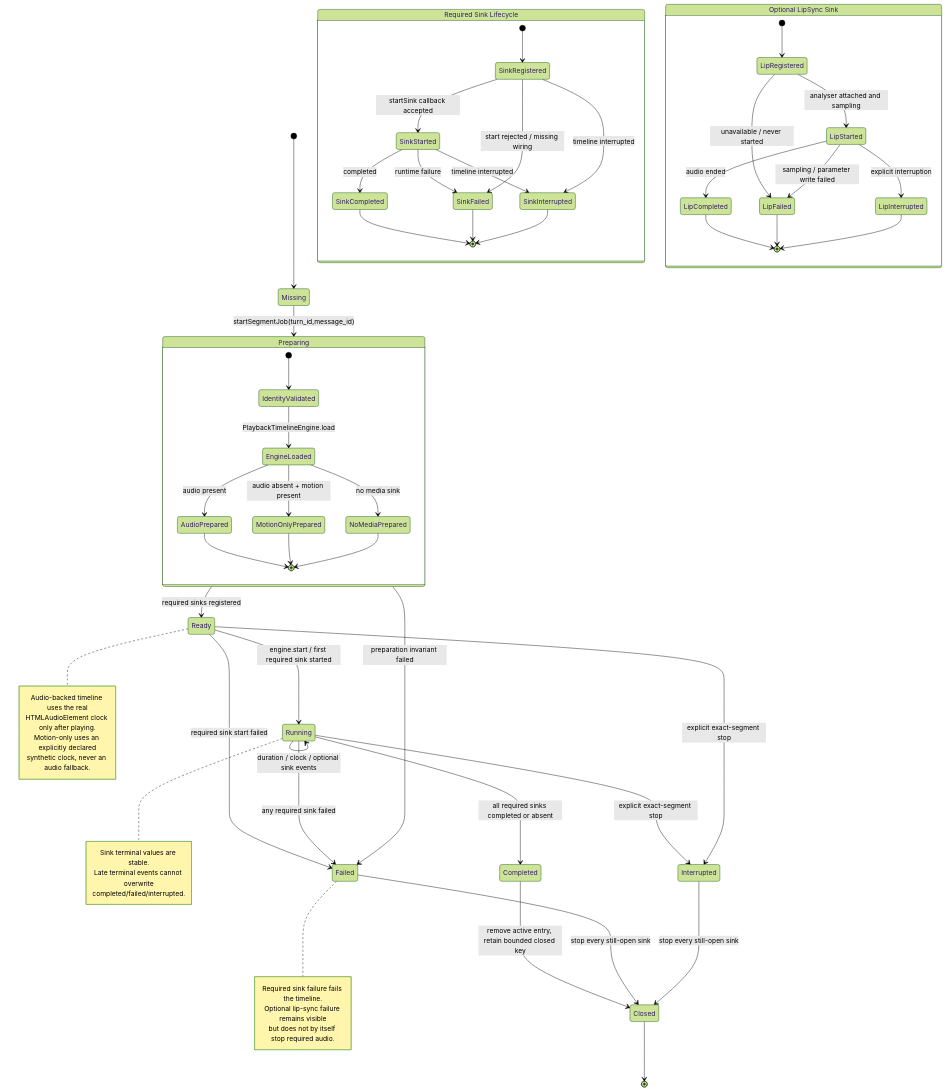
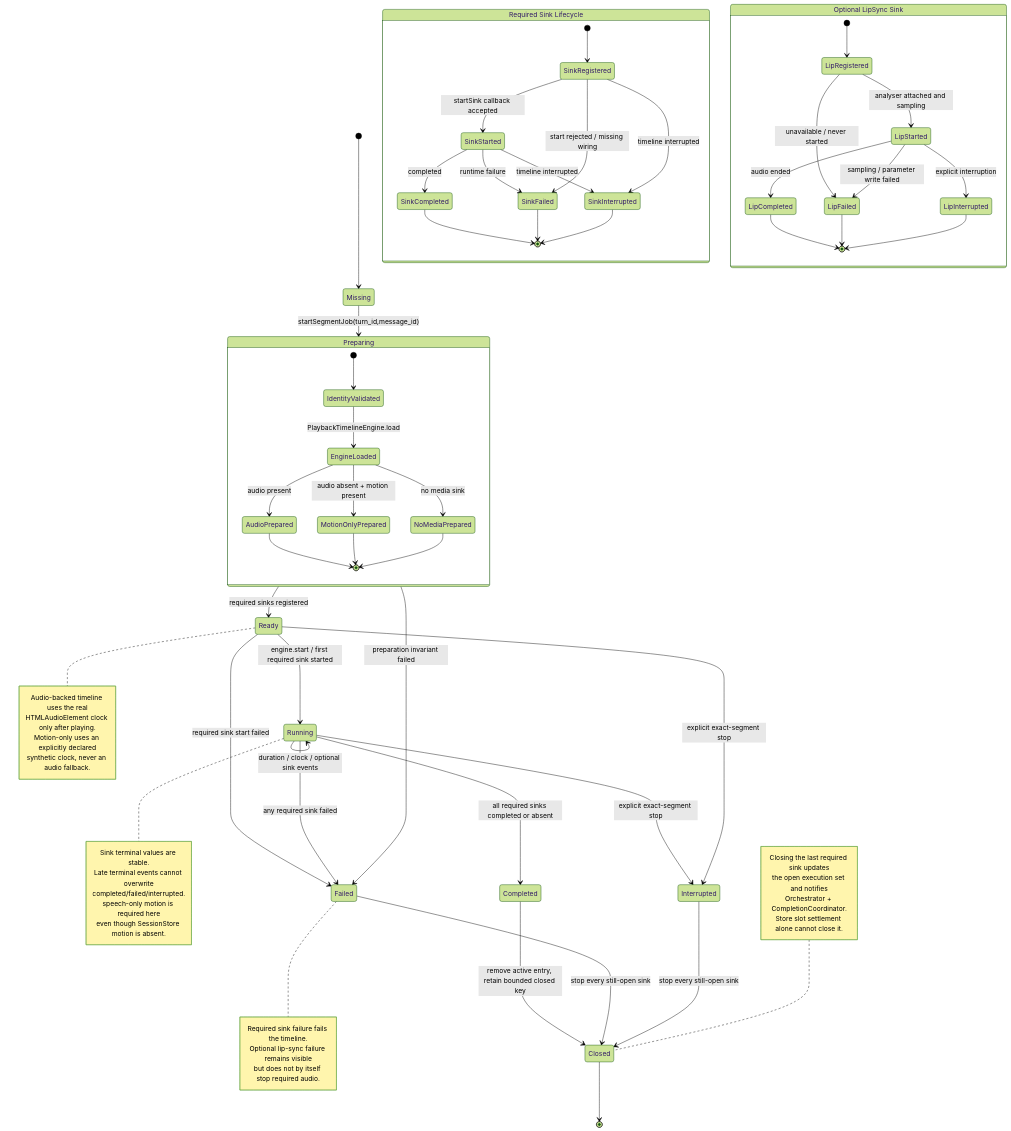
Before and after one commit to murphys7017/AG99live: the diagram in docs/04-流程图与分析图/14-Timeline与Sink状态机图.mmd, drawn with Mermaid (forest theme). The commit also changed 24 other files, not shown here.

Commit message:
docs: align runtime architecture and motion roadmap

```diff
--- a/docs/04-流程图与分析图/14-Timeline与Sink状态机图.mmd
+++ b/docs/04-流程图与分析图/14-Timeline与Sink状态机图.mmd
@@ -1,73 +1,82 @@
 stateDiagram-v2
     direction TB
 
     [*] --> Missing
     Missing --> Preparing: startSegmentJob(turn_id,message_id)
     Preparing --> Ready: required sinks registered
     Preparing --> Failed: preparation invariant failed
     Ready --> Running: engine.start / first required sink started
     Ready --> Failed: required sink start failed
     Running --> Running: duration / clock / optional sink events
     Running --> Completed: all required sinks completed or absent
     Running --> Failed: any required sink failed
     Running --> Interrupted: explicit exact-segment stop
     Ready --> Interrupted: explicit exact-segment stop
     Completed --> Closed: remove active entry, retain bounded closed key
     Failed --> Closed: stop every still-open sink
     Interrupted --> Closed: stop every still-open sink
     Closed --> [*]
 
     state Preparing {
         [*] --> IdentityValidated
         IdentityValidated --> EngineLoaded: PlaybackTimelineEngine.load
         EngineLoaded --> AudioPrepared: audio present
         EngineLoaded --> MotionOnlyPrepared: audio absent + motion present
         EngineLoaded --> NoMediaPrepared: no media sink
         AudioPrepared --> [*]
         MotionOnlyPrepared --> [*]
         NoMediaPrepared --> [*]
     }
 
     state "Required Sink Lifecycle" as RequiredSink {
         [*] --> SinkRegistered
         SinkRegistered --> SinkStarted: startSink callback accepted
         SinkRegistered --> SinkFailed: start rejected / missing wiring
         SinkStarted --> SinkCompleted: completed
         SinkStarted --> SinkFailed: runtime failure
         SinkRegistered --> SinkInterrupted: timeline interrupted
         SinkStarted --> SinkInterrupted: timeline interrupted
         SinkCompleted --> [*]
         SinkFailed --> [*]
         SinkInterrupted --> [*]
     }
 
     state "Optional LipSync Sink" as OptionalSink {
         [*] --> LipRegistered
         LipRegistered --> LipStarted: analyser attached and sampling
         LipRegistered --> LipFailed: unavailable / never started
         LipStarted --> LipCompleted: audio ended
         LipStarted --> LipFailed: sampling / parameter write failed
         LipStarted --> LipInterrupted: explicit interruption
         LipCompleted --> [*]
         LipFailed --> [*]
         LipInterrupted --> [*]
     }
 
     note right of Ready
         Audio-backed timeline uses the real
         HTMLAudioElement clock only after playing.
         Motion-only uses an explicitly declared
         synthetic clock, never an audio fallback.
     end note
 
     note right of Running
         Sink terminal values are stable.
         Late terminal events cannot overwrite
         completed/failed/interrupted.
+        speech-only motion is required here
+        even though SessionStore motion is absent.
     end note
 
     note right of Failed
         Required sink failure fails the timeline.
         Optional lip-sync failure remains visible
         but does not by itself stop required audio.
     end note
+
+    note left of Closed
+        Closing the last required sink updates
+        the open execution set and notifies
+        Orchestrator + CompletionCoordinator.
+        Store slot settlement alone cannot close it.
+    end note
```
